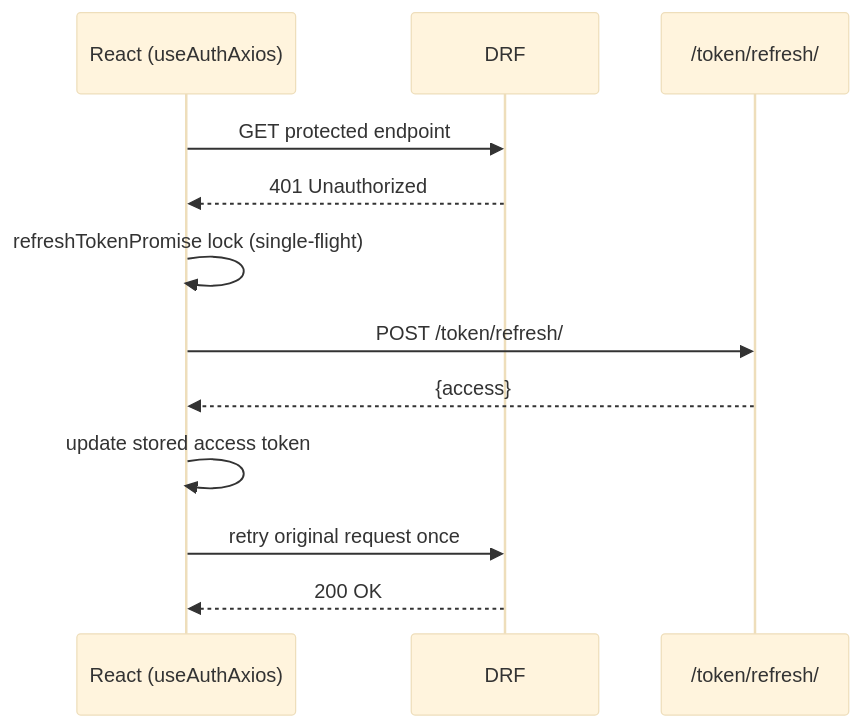
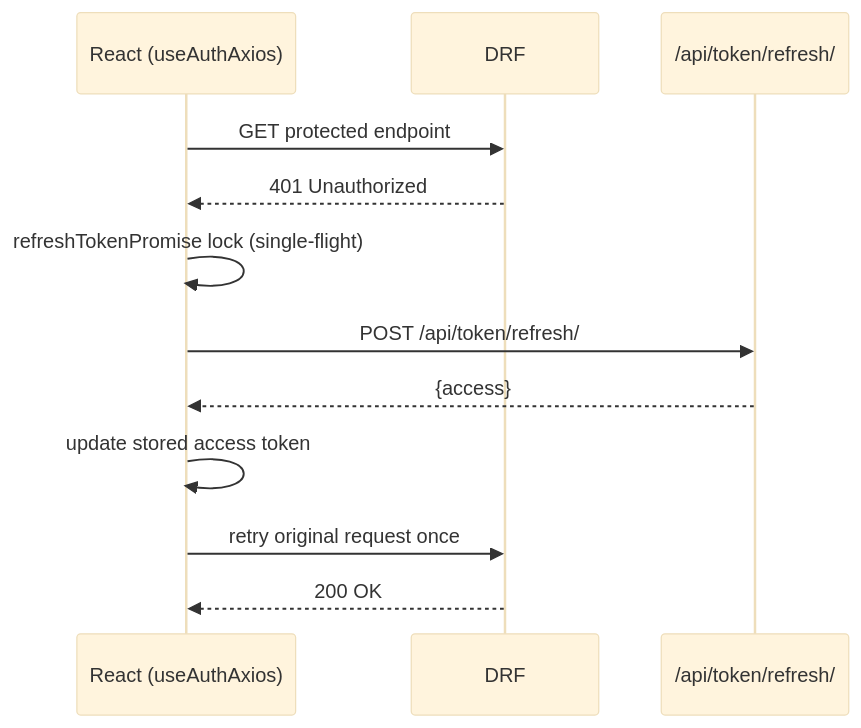
Before and after one commit to anthonynarine/tic_tac_toe: the third of 7 diagrams in README.MD, drawn with Mermaid (base theme). The commit also changed other lines of this file, not shown here.

````diff
--- a/README.MD
+++ b/README.MD
@@ -116,15 +149,15 @@
 ```mermaid
 sequenceDiagram
   participant FE as React (useAuthAxios)
   participant API as DRF
-  participant REF as /token/refresh/
+  participant REF as /api/token/refresh/
 
   FE->>API: GET protected endpoint
   API-->>FE: 401 Unauthorized
   FE->>FE: refreshTokenPromise lock (single-flight)
-  FE->>REF: POST /token/refresh/
+  FE->>REF: POST /api/token/refresh/
   REF-->>FE: {access}
   FE->>FE: update stored access token
   FE->>API: retry original request once
   API-->>FE: 200 OK
 ```
````
